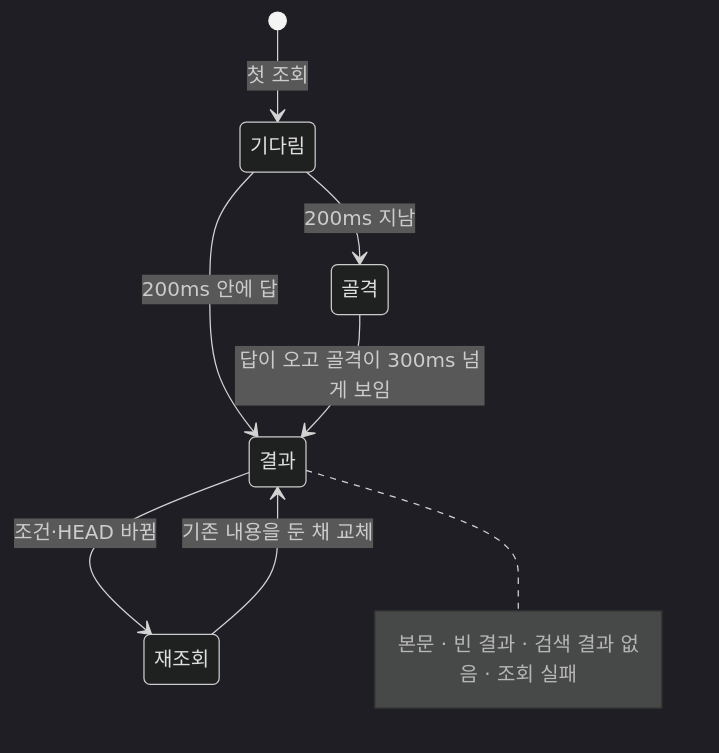
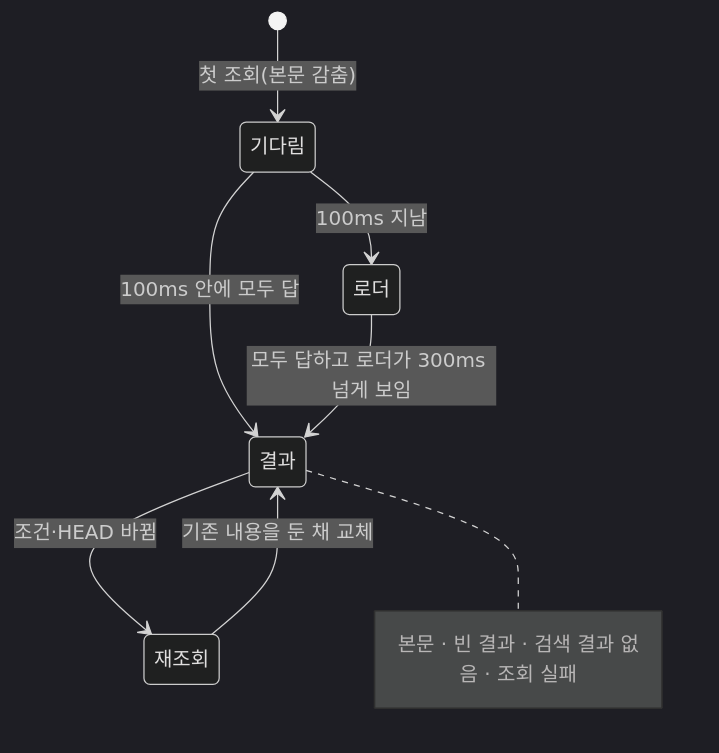
One commit to dev-goraebap/gitifact changed the first of 2 diagrams in .gitifact/spec/browser/design/errors.md. Above: the diagram before and after it, drawn with Mermaid (dark theme). The commit also changed other lines of this file and 47 other files, not shown here.

````diff
--- a/.gitifact/spec/browser/design/errors.md
+++ b/.gitifact/spec/browser/design/errors.md
@@ -14,12 +16,12 @@
 ```mermaid
 stateDiagram-v2
-  [*] --> 기다림: 첫 조회
-  기다림 --> 결과: 200ms 안에 답
-  기다림 --> 골격: 200ms 지남
-  골격 --> 결과: 답이 오고 골격이 300ms 넘게 보임
+  [*] --> 기다림: 첫 조회(본문 감춤)
+  기다림 --> 결과: 100ms 안에 모두 답
+  기다림 --> 로더: 100ms 지남
+  로더 --> 결과: 모두 답하고 로더가 300ms 넘게 보임
   결과 --> 재조회: 조건·HEAD 바뀜
   재조회 --> 결과: 기존 내용을 둔 채 교체
   note right of 결과
     본문 · 빈 결과 · 검색 결과 없음 · 조회 실패
   end note
 ```
````
